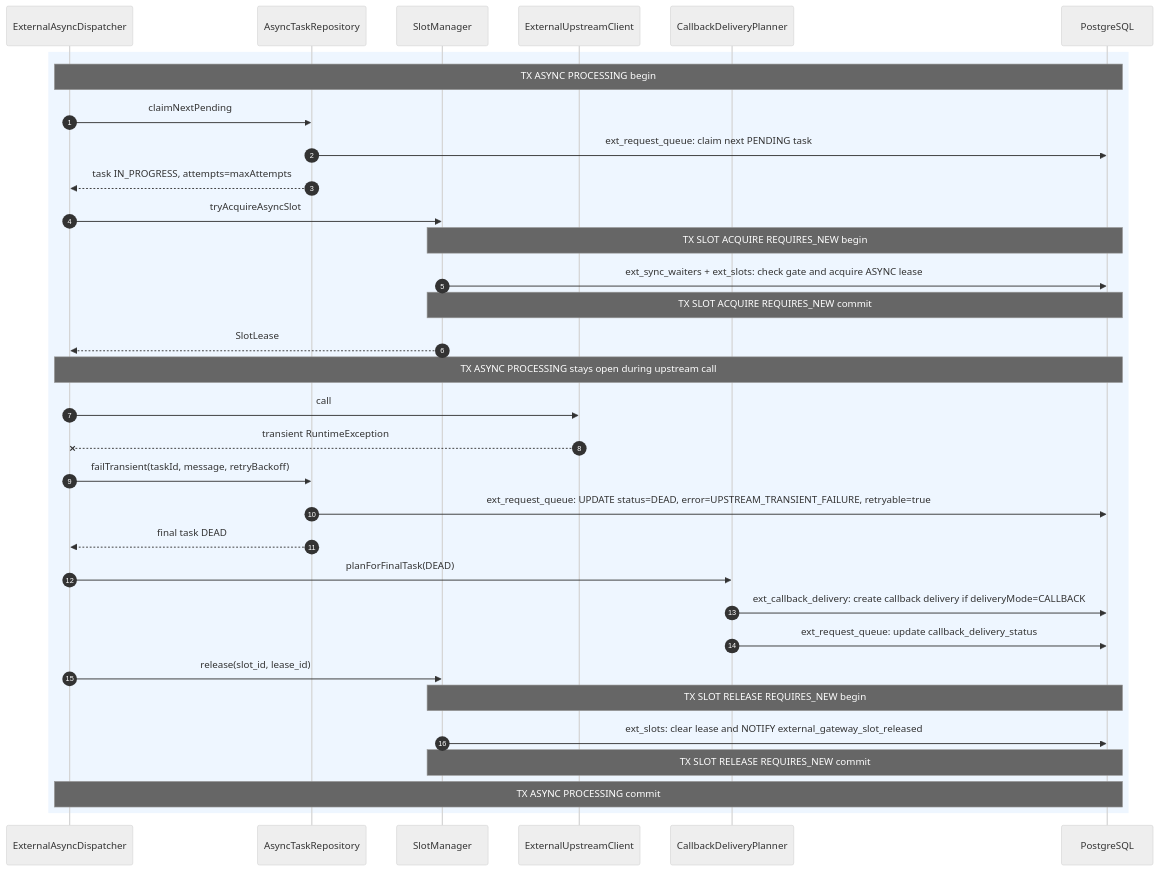
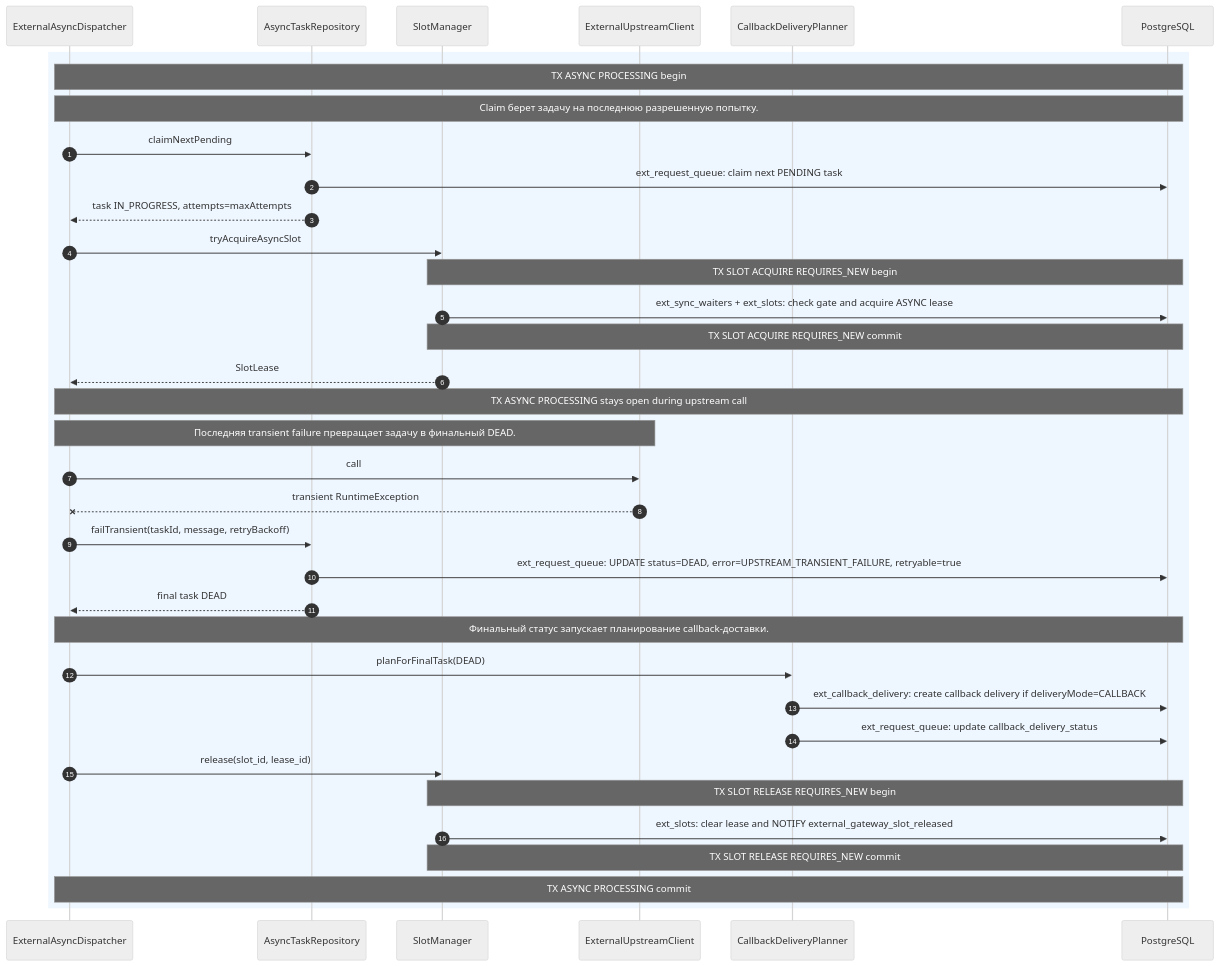
Before and after one commit to DenisVanin4402/TestQwenCli: the eighth of 12 diagrams in docs/external-service-gateway/architecture/06-sequence-async.md, drawn with Mermaid (neutral theme). The commit also changed other lines of this file and 2 other files, not shown here.

Commit message:
диаграммы обновлены детализацией sequence

````diff
--- a/docs/external-service-gateway/architecture/06-sequence-async.md
+++ b/docs/external-service-gateway/architecture/06-sequence-async.md
@@ -250,36 +428,39 @@
 ```mermaid
 sequenceDiagram
     autonumber
     participant Dispatcher as ExternalAsyncDispatcher
     participant Tasks as AsyncTaskRepository
     participant Slots as SlotManager
     participant Upstream as ExternalUpstreamClient
     participant Planner as CallbackDeliveryPlanner
     participant DB as PostgreSQL
 
     rect rgb(238, 246, 255)
         Note over Dispatcher,DB: TX ASYNC PROCESSING begin
+        Note over Dispatcher,DB: Claim берет задачу на последнюю разрешенную попытку.
         Dispatcher->>Tasks: claimNextPending
         Tasks->>DB: ext_request_queue: claim next PENDING task
         Tasks-->>Dispatcher: task IN_PROGRESS, attempts=maxAttempts
         Dispatcher->>Slots: tryAcquireAsyncSlot
         Note over Slots,DB: TX SLOT ACQUIRE REQUIRES_NEW begin
         Slots->>DB: ext_sync_waiters + ext_slots: check gate and acquire ASYNC lease
         Note over Slots,DB: TX SLOT ACQUIRE REQUIRES_NEW commit
         Slots-->>Dispatcher: SlotLease
         Note over Dispatcher,DB: TX ASYNC PROCESSING stays open during upstream call
+        Note over Dispatcher,Upstream: Последняя transient failure превращает задачу в финальный DEAD.
         Dispatcher->>Upstream: call
         Upstream--xDispatcher: transient RuntimeException
         Dispatcher->>Tasks: failTransient(taskId, message, retryBackoff)
         Tasks->>DB: ext_request_queue: UPDATE status=DEAD, error=UPSTREAM_TRANSIENT_FAILURE, retryable=true
         Tasks-->>Dispatcher: final task DEAD
+        Note over Dispatcher,DB: Финальный статус запускает планирование callback-доставки.
         Dispatcher->>Planner: planForFinalTask(DEAD)
         Planner->>DB: ext_callback_delivery: create callback delivery if deliveryMode=CALLBACK
         Planner->>DB: ext_request_queue: update callback_delivery_status
         Dispatcher->>Slots: release(slot_id, lease_id)
         Note over Slots,DB: TX SLOT RELEASE REQUIRES_NEW begin
         Slots->>DB: ext_slots: clear lease and NOTIFY external_gateway_slot_released
         Note over Slots,DB: TX SLOT RELEASE REQUIRES_NEW commit
         Note over Dispatcher,DB: TX ASYNC PROCESSING commit
     end
 ```
````
